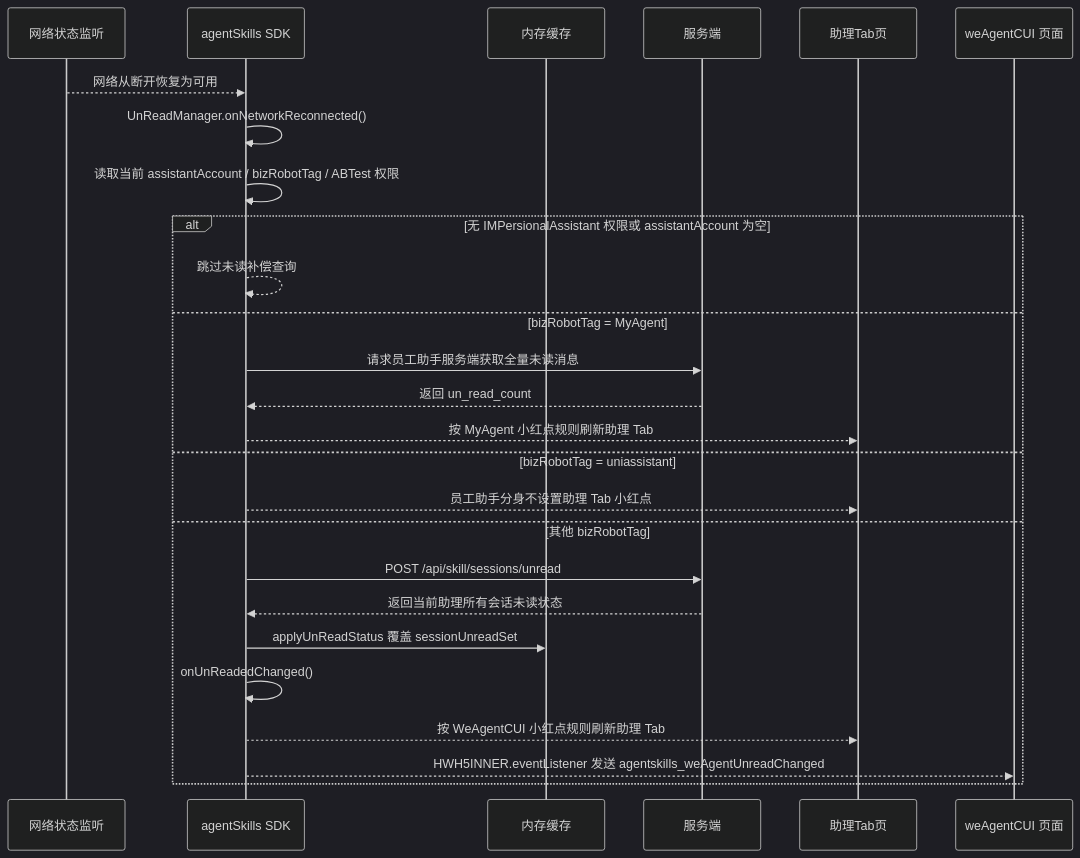
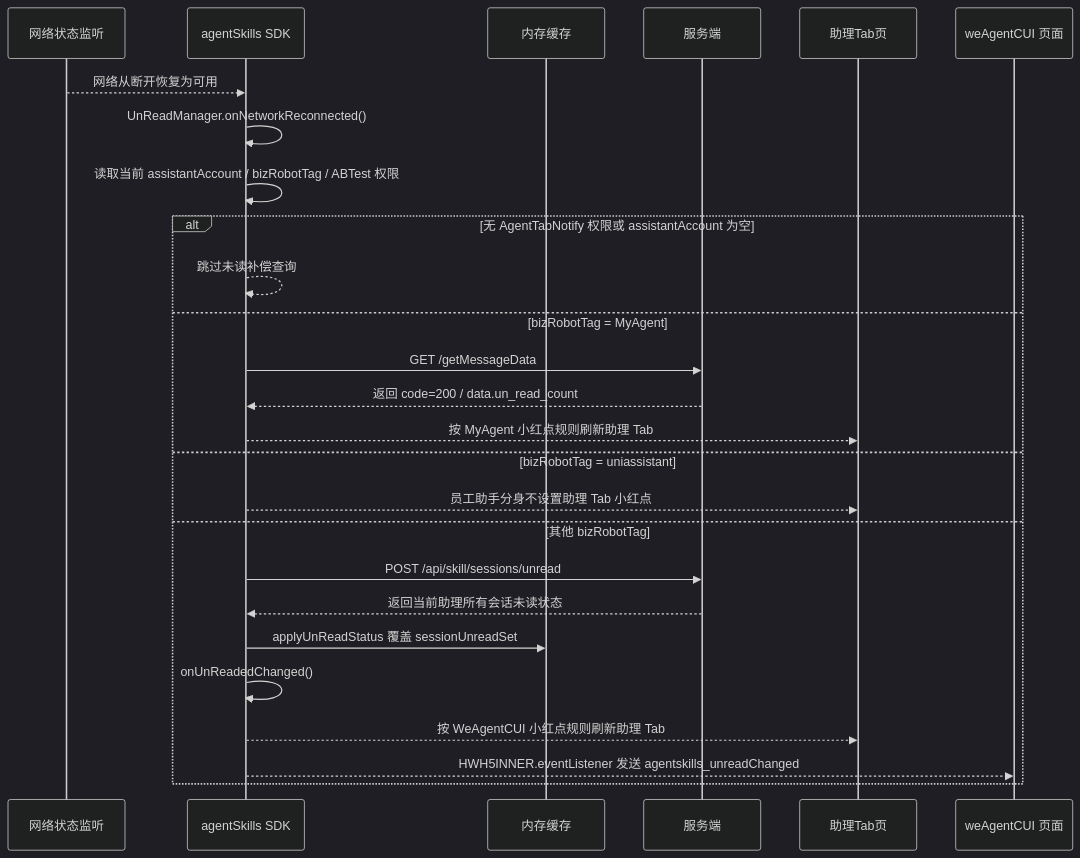
Before and after one commit to Abelsjcheng/skillSDK: the tenth of 10 diagrams in 2026-06-11-we-agent-tab-unread-red-dot-plan.md, drawn with Mermaid (dark theme). The commit also changed other lines of this file and 53 other files, not shown here.

````diff
--- a/2026-06-11-we-agent-tab-unread-red-dot-plan.md
+++ b/2026-06-11-we-agent-tab-unread-red-dot-plan.md
@@ -408,29 +408,29 @@
 ```mermaid
 sequenceDiagram
     participant Net as 网络状态监听
     participant SDK as agentSkills SDK
     participant Memory as 内存缓存
     participant Server as 服务端
     participant Tab as 助理Tab页
     participant CUI as weAgentCUI 页面
 
     Net-->>SDK: 网络从断开恢复为可用
     SDK->>SDK: UnReadManager.onNetworkReconnected()
     SDK->>SDK: 读取当前 assistantAccount / bizRobotTag / ABTest 权限
-    alt 无 IMPersionalAssistant 权限或 assistantAccount 为空
+    alt 无 AgentTabNotify 权限或 assistantAccount 为空
         SDK-->>SDK: 跳过未读补偿查询
     else bizRobotTag = MyAgent
-        SDK->>Server: 请求员工助手服务端获取全量未读消息
-        Server-->>SDK: 返回 un_read_count
+        SDK->>Server: GET /getMessageData
+        Server-->>SDK: 返回 code=200 / data.un_read_count
         SDK-->>Tab: 按 MyAgent 小红点规则刷新助理 Tab
     else bizRobotTag = uniassistant
         SDK-->>Tab: 员工助手分身不设置助理 Tab 小红点
     else 其他 bizRobotTag
         SDK->>Server: POST /api/skill/sessions/unread
         Server-->>SDK: 返回当前助理所有会话未读状态
         SDK->>Memory: applyUnReadStatus 覆盖 sessionUnreadSet
         SDK->>SDK: onUnReadedChanged()
         SDK-->>Tab: 按 WeAgentCUI 小红点规则刷新助理 Tab
-        SDK-->>CUI: HWH5INNER.eventListener 发送 agentskills_weAgentUnreadChanged
+        SDK-->>CUI: HWH5INNER.eventListener 发送 agentskills_unreadChanged
     end
 ```
````
